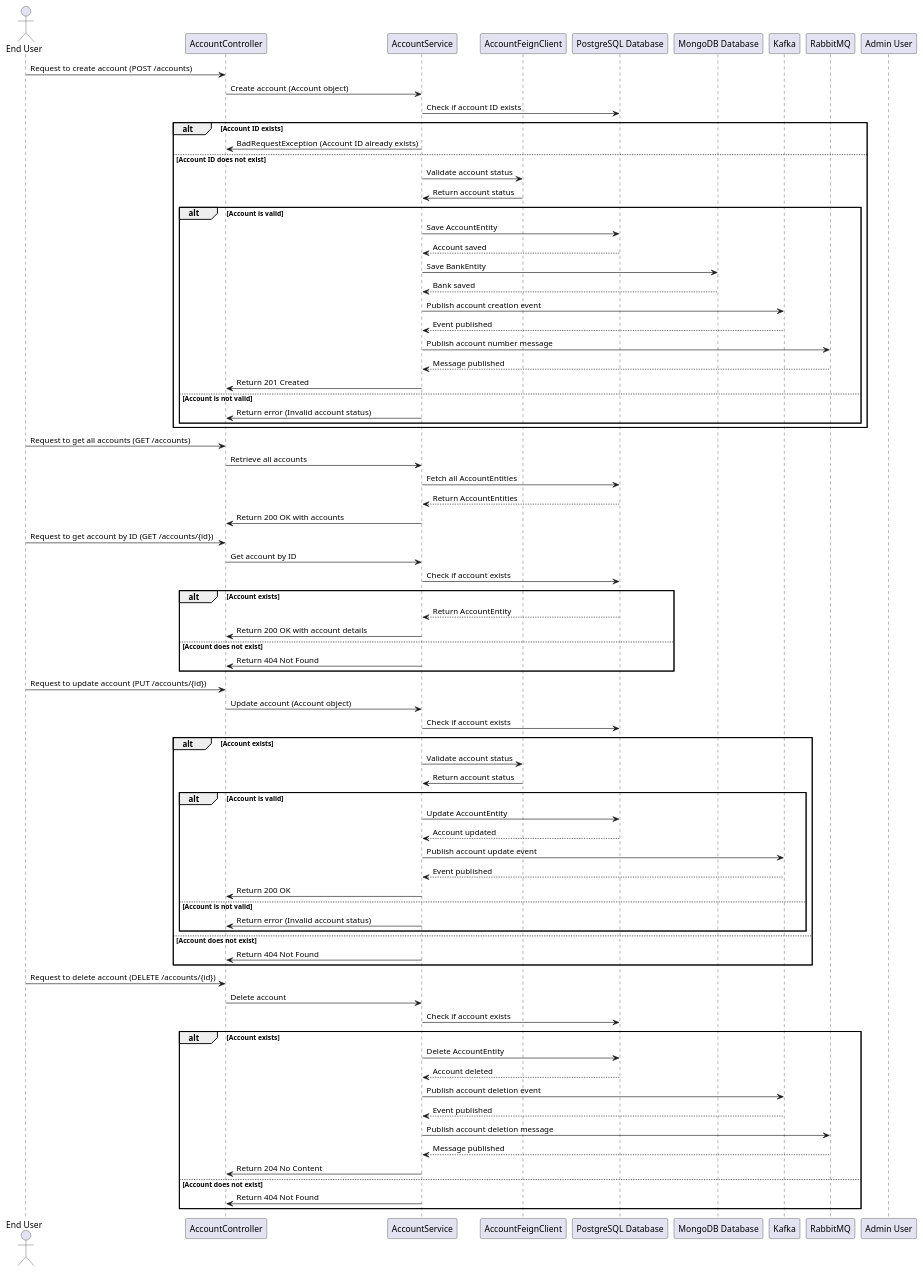
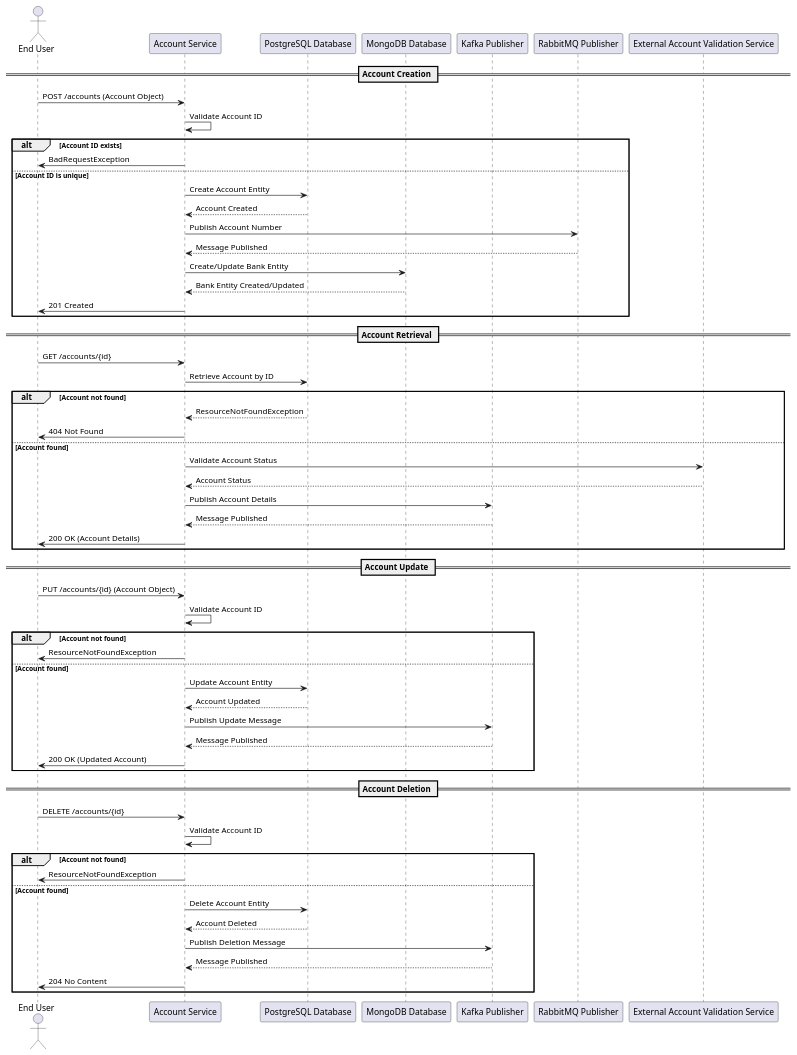
One commit to Bhaskar-Pavan/AccountService changed the diagram in design_document/Account_Service.md. Above: the diagram before and after it, drawn with PlantUML. The commit also changed other lines of this file, not shown here.

````diff
--- a/design_document/Account_Service.md
+++ b/design_document/Account_Service.md
@@ -46,86 +37,66 @@
 ```plantuml
 @startuml
 actor "End User" as User
-participant "AccountController" as Controller
-participant "AccountService" as Service
-participant "AccountFeignClient" as FeignClient
-participant "PostgreSQL Database" as Postgres
+participant "Account Service" as AccountService
+participant "PostgreSQL Database" as PostgreSQL
 participant "MongoDB Database" as MongoDB
-participant "Kafka" as Kafka
-participant "RabbitMQ" as RabbitMQ
-participant "Admin User" as Admin
+participant "Kafka Publisher" as Kafka
+participant "RabbitMQ Publisher" as RabbitMQ
+participant "External Account Validation Service" as AccountFeignClient
 
-User -> Controller : Request to create account (POST /accounts)
-Controller -> Service : Create account (Account object)
-Service -> Postgres : Check if account ID exists
+== Account Creation ==
+User -> AccountService: POST /accounts (Account Object)
+AccountService -> AccountService: Validate Account ID
 alt Account ID exists
-    Service -> Controller : BadRequestException (Account ID already exists)
-else Account ID does not exist
-    Service -> FeignClient : Validate account status
-    FeignClient -> Service : Return account status
-    alt Account is valid
-        Service -> Postgres : Save AccountEntity
-        Postgres --> Service : Account saved
-        Service -> MongoDB : Save BankEntity
-        MongoDB --> Service : Bank saved
-        Service -> Kafka : Publish account creation event
-        Kafka --> Service : Event published
-        Service -> RabbitMQ : Publish account number message
-        RabbitMQ --> Service : Message published
-        Service -> Controller : Return 201 Created
-    else Account is not valid
-        Service -> Controller : Return error (Invalid account status)
-    end
+    AccountService -> User: BadRequestException
+else Account ID is unique
+    AccountService -> PostgreSQL: Create Account Entity
+    PostgreSQL --> AccountService: Account Created
+    AccountService -> RabbitMQ: Publish Account Number
+    RabbitMQ --> AccountService: Message Published
+    AccountService -> MongoDB: Create/Update Bank Entity
+    MongoDB --> AccountService: Bank Entity Created/Updated
+    AccountService -> User: 201 Created
 end
 
-User -> Controller : Request to get all accounts (GET /accounts)
-Controller -> Service : Retrieve all accounts
-Service -> Postgres : Fetch all AccountEntities
-Postgres --> Service : Return AccountEntities
-Service -> Controller : Return 200 OK with accounts
-
-User -> Controller : Request to get account by ID (GET /accounts/{id})
-Controller -> Service : Get account by ID
-Service -> Postgres : Check if account exists
-alt Account exists
-    Postgres --> Service : Return AccountEntity
-    Service -> Controller : Return 200 OK with account details
-else Account does not exist
-    Service -> Controller : Return 404 Not Found
+== Account Retrieval ==
+User -> AccountService: GET /accounts/{id}
+AccountService -> PostgreSQL: Retrieve Account by ID
+alt Account not found
+    PostgreSQL --> AccountService: ResourceNotFoundException
+    AccountService -> User: 404 Not Found
+else Account found
+    AccountService -> AccountFeignClient: Validate Account Status
+    AccountFeignClient --> AccountService: Account Status
+    AccountService -> Kafka: Publish Account Details
+    Kafka --> AccountService: Message Published
+    AccountService -> User: 200 OK (Account Details)
 end
 
-User -> Controller : Request to update account (PUT /accounts/{id})
-Controller -> Service : Update account (Account object)
-Service -> Postgres : Check if account exists
-alt Account exists
-    Service -> FeignClient : Validate account status
-    FeignClient -> Service : Return account status
-    alt Account is valid
-        Service -> Postgres : Update AccountEntity
-        Postgres --> Service : Account updated
-        Service -> Kafka : Publish account update event
-        Kafka --> Service : Event published
-        Service -> Controller : Return 200 OK
-    else Account is not valid
-        Service -> Controller : Return error (Invalid account status)
-    end
-else Account does not exist
-    Service -> Controller : Return 404 Not Found
+== Account Update ==
+User -> AccountService: PUT /accounts/{id} (Account Object)
+AccountService -> AccountService: Validate Account ID
+alt Account not found
+    AccountService -> User: ResourceNotFoundException
+else Account found
+    AccountService -> PostgreSQL: Update Account Entity
+    PostgreSQL --> AccountService: Account Updated
+    AccountService -> Kafka: Publish Update Message
+    Kafka --> AccountService: Message Published
+    AccountService -> User: 200 OK (Updated Account)
 end
 
-User -> Controller : Request to delete account (DELETE /accounts/{id})
-Controller -> Service : Delete account
-Service -> Postgres : Check if account exists
-alt Account exists
-    Service -> Postgres : Delete AccountEntity
-    Postgres --> Service : Account deleted
-    Service -> Kafka : Publish account deletion event
-    Kafka --> Service : Event published
-    Service -> RabbitMQ : Publish account deletion message
-    RabbitMQ --> Service : Message published
-    Service -> Controller : Return 204 No Content
-else Account does not exist
-    Service -> Controller : Return 404 Not Found
+== Account Deletion ==
+User -> AccountService: DELETE /accounts/{id}
+AccountService -> AccountService: Validate Account ID
+alt Account not found
+    AccountService -> User: ResourceNotFoundException
+else Account found
+    AccountService -> PostgreSQL: Delete Account Entity
+    PostgreSQL --> AccountService: Account Deleted
+    AccountService -> Kafka: Publish Deletion Message
+    Kafka --> AccountService: Message Published
+    AccountService -> User: 204 No Content
 end
 
 @enduml
````
